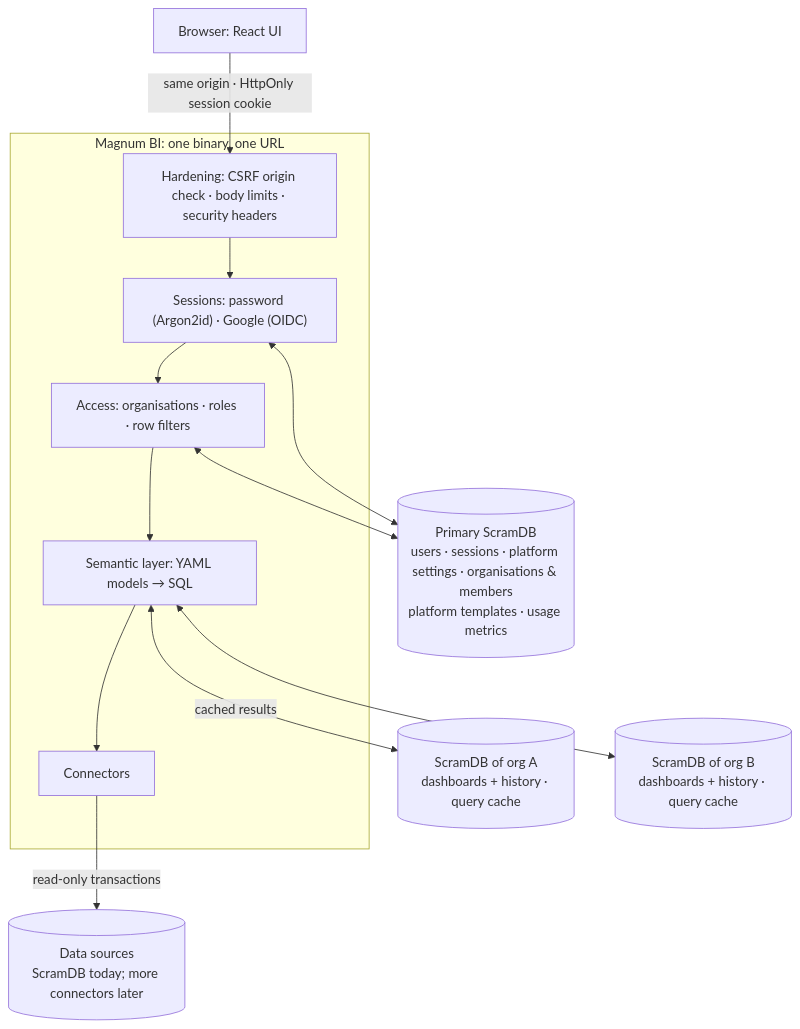
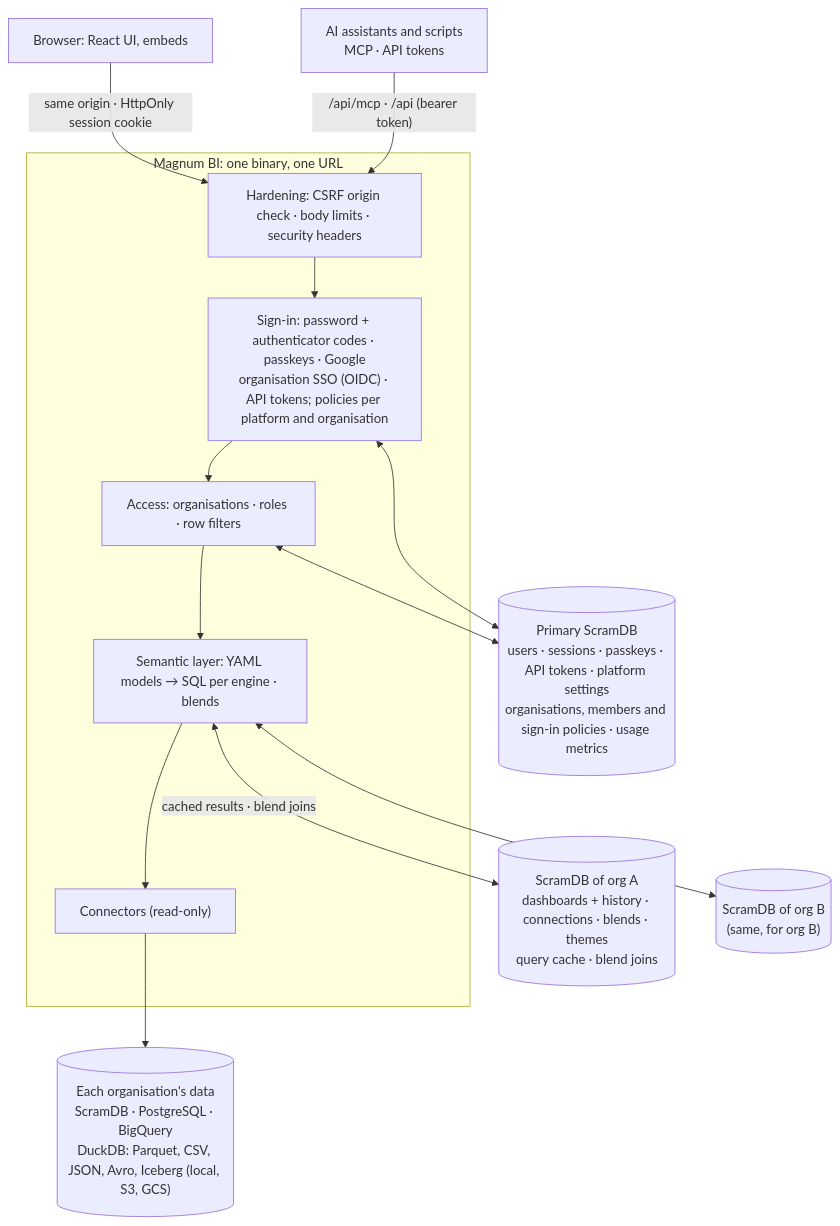
One commit to giobinda/magnumbi changed the diagram in README.md. Above: the diagram before and after it, drawn with Mermaid. The commit also changed other lines of this file, not shown here.

First line of the commit message:
README: why Magnum BI, for everyone; current architecture

````diff
--- a/README.md
+++ b/README.md
@@ -124,22 +195,24 @@
 ```mermaid
 flowchart TB
-  UI["Browser: React UI"]
+  UI["Browser: React UI, embeds"]
+  AGENT["AI assistants and scripts<br/>MCP · API tokens"]
   subgraph MB["Magnum BI: one binary, one URL"]
     MW["Hardening: CSRF origin check · body limits · security headers"]
-    AUTH["Sessions: password (Argon2id) · Google (OIDC)"]
+    AUTH["Sign-in: password + authenticator codes · passkeys · Google<br/>organisation SSO (OIDC) · API tokens; policies per platform and organisation"]
     ACC["Access: organisations · roles · row filters"]
-    SEM["Semantic layer: YAML models → SQL"]
-    CON["Connectors"]
+    SEM["Semantic layer: YAML models → SQL per engine · blends"]
+    CON["Connectors (read-only)"]
     MW --> AUTH --> ACC --> SEM --> CON
   end
-  PRIMARY[("Primary ScramDB<br/>users · sessions · platform settings · organisations & members<br/>platform templates · usage metrics")]
-  ORGA[("ScramDB of org A<br/>dashboards + history · query cache")]
-  ORGB[("ScramDB of org B<br/>dashboards + history · query cache")]
-  DATA[("Data sources<br/>ScramDB today; more connectors later")]
+  PRIMARY[("Primary ScramDB<br/>users · sessions · passkeys · API tokens · platform settings<br/>organisations, members and sign-in policies · usage metrics")]
+  ORGA[("ScramDB of org A<br/>dashboards + history · connections · blends · themes<br/>query cache · blend joins")]
+  ORGB[("ScramDB of org B<br/>(same, for org B)")]
+  DATA[("Each organisation's data<br/>ScramDB · PostgreSQL · BigQuery<br/>DuckDB: Parquet, CSV, JSON, Avro, Iceberg (local, S3, GCS)")]
   UI -- "same origin · HttpOnly session cookie" --> MW
+  AGENT -- "/api/mcp · /api (bearer token)" --> MW
   AUTH <--> PRIMARY
   ACC <--> PRIMARY
-  SEM <-- "cached results" --> ORGA
+  SEM <-- "cached results · blend joins" --> ORGA
   SEM <--> ORGB
-  CON -- "read-only transactions" --> DATA
+  CON --> DATA
 ```
````
